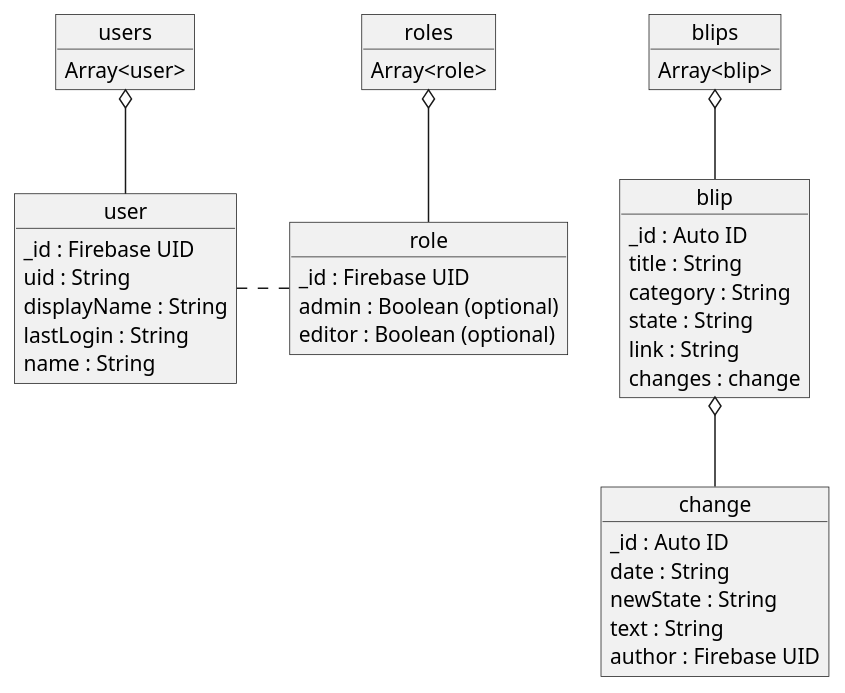
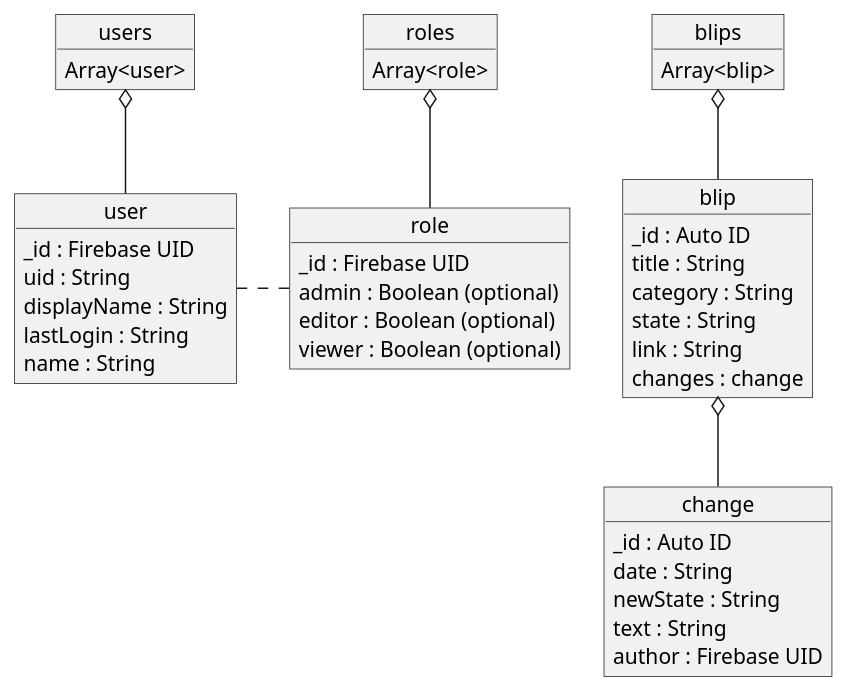
The diagram in assets/firestore.puml (devradar/devradar), drawn with PlantUML before and after one commit. The commit also changed 1 other file, not shown here.

```diff
--- a/assets/firestore.puml
+++ b/assets/firestore.puml
@@ -1,50 +1,51 @@
 @startuml firestore_schema
 
 object users
 users : Array<user>
 
 object "user" as user
 user : _id : Firebase UID
 user : uid : String
 user : displayName : String
 user : lastLogin : String
 user : name : String
 
 users o-- user
 
 
 object roles
 roles : Array<role>
 
 object "role" as role
 role : _id : Firebase UID
 role : admin : Boolean (optional)
 role : editor : Boolean (optional)
+role : viewer : Boolean (optional)
 
 roles o-- role
 role .left. user
 
 
 object blips
 blips : Array<blip>
 
 object blip
 blip : _id : Auto ID
 blip : title : String
 blip : category : String
 blip : state : String
 blip : link : String
 blip : changes : change
 
 blips o-- blip
 
 object change
 change : _id : Auto ID
 change : date : String
 change : newState : String
 change : text : String
 change : author : Firebase UID
 
 blip o-- change
 
 @enduml
```
